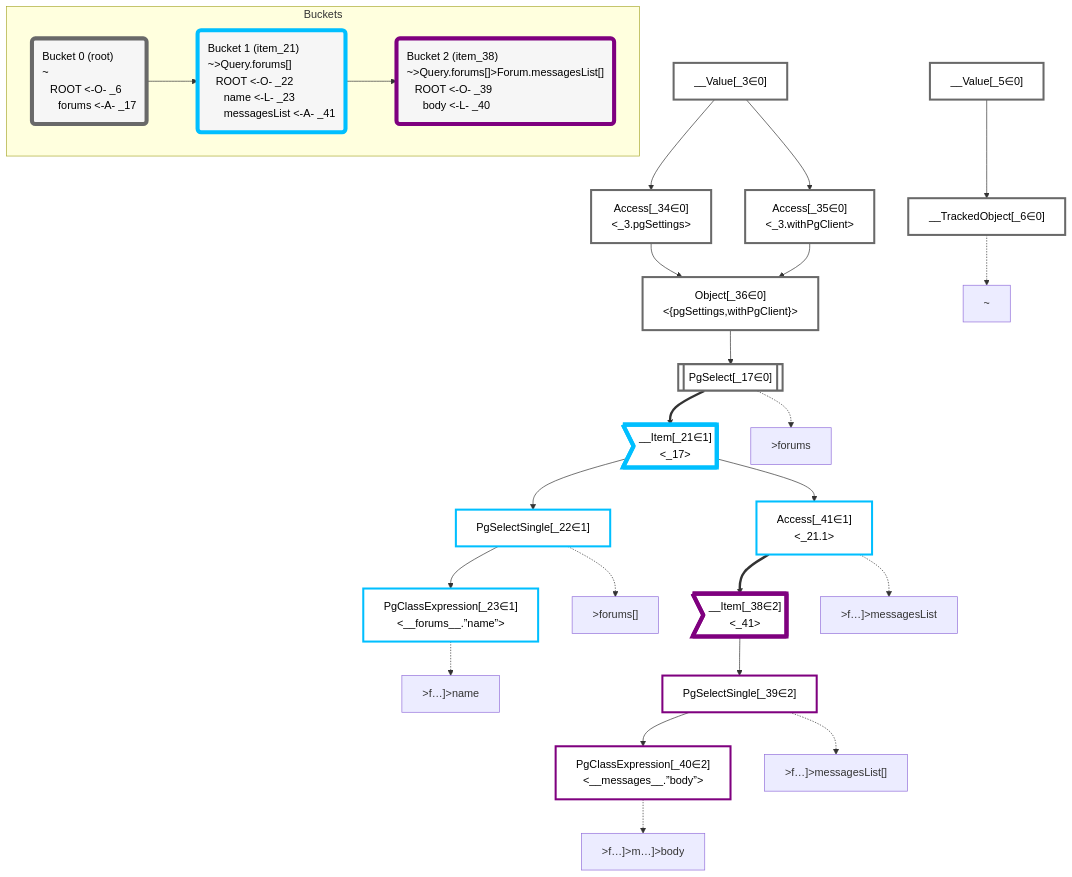
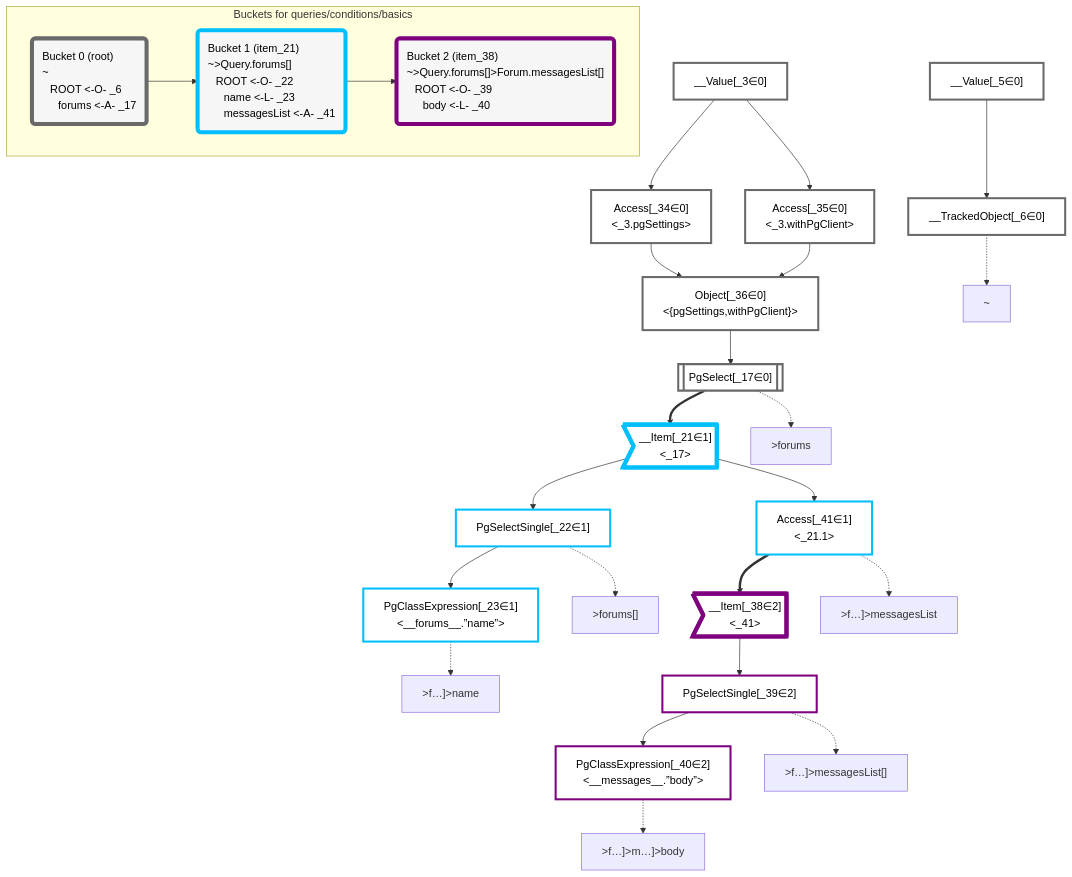
One commit to graphile/crystal changed the diagram in packages/dataplan-pg/__tests__/queries/conditions/basics.mermaid.md. Above: the diagram before and after it, drawn with Mermaid. The commit also changed 195 other files, not shown here.

````diff
--- a/packages/dataplan-pg/__tests__/queries/conditions/basics.mermaid.md
+++ b/packages/dataplan-pg/__tests__/queries/conditions/basics.mermaid.md
@@ -1,75 +1,75 @@
 ```mermaid
 graph TD
     classDef path fill:#eee,stroke:#000,color:#000
     classDef plan fill:#fff,stroke-width:3px,color:#000
     classDef itemplan fill:#fff,stroke-width:6px,color:#000
     classDef sideeffectplan fill:#f00,stroke-width:6px,color:#000
     classDef bucket fill:#f6f6f6,color:#000,stroke-width:6px,text-align:left
 
 
     %% define plans
     __Value_3["__Value[_3∈0]<br /><context>"]:::plan
     __Value_5["__Value[_5∈0]<br /><rootValue>"]:::plan
     __TrackedObject_6["__TrackedObject[_6∈0]"]:::plan
     PgSelect_17[["PgSelect[_17∈0]<br /><forums>"]]:::plan
     __Item_21>"__Item[_21∈1]<br /><_17>"]:::itemplan
     PgSelectSingle_22["PgSelectSingle[_22∈1]<br /><forums>"]:::plan
     PgClassExpression_23["PgClassExpression[_23∈1]<br /><__forums__.”name”>"]:::plan
     Access_34["Access[_34∈0]<br /><_3.pgSettings>"]:::plan
     Access_35["Access[_35∈0]<br /><_3.withPgClient>"]:::plan
     Object_36["Object[_36∈0]<br /><{pgSettings,withPgClient}>"]:::plan
     __Item_38>"__Item[_38∈2]<br /><_41>"]:::itemplan
     PgSelectSingle_39["PgSelectSingle[_39∈2]<br /><messages>"]:::plan
     PgClassExpression_40["PgClassExpression[_40∈2]<br /><__messages__.”body”>"]:::plan
     Access_41["Access[_41∈1]<br /><_21.1>"]:::plan
 
     %% plan dependencies
     __Value_5 --> __TrackedObject_6
     Object_36 --> PgSelect_17
     PgSelect_17 ==> __Item_21
     __Item_21 --> PgSelectSingle_22
     PgSelectSingle_22 --> PgClassExpression_23
     __Value_3 --> Access_34
     __Value_3 --> Access_35
     Access_34 --> Object_36
     Access_35 --> Object_36
     Access_41 ==> __Item_38
     __Item_38 --> PgSelectSingle_39
     PgSelectSingle_39 --> PgClassExpression_40
     __Item_21 --> Access_41
 
     %% plan-to-path relationships
     P_6["~"]
     __TrackedObject_6 -.-> P_6
     P_17[">forums"]
     PgSelect_17 -.-> P_17
     P_22[">forums[]"]
     PgSelectSingle_22 -.-> P_22
     P_23[">f…]>name"]
     PgClassExpression_23 -.-> P_23
     P_39[">f…]>messagesList[]"]
     PgSelectSingle_39 -.-> P_39
     P_40[">f…]>m…]>body"]
     PgClassExpression_40 -.-> P_40
     P_41[">f…]>messagesList"]
     Access_41 -.-> P_41
 
     %% allocate buckets
     classDef bucket0 stroke:#696969
     class __Value_3,__Value_5,__TrackedObject_6,PgSelect_17,Access_34,Access_35,Object_36 bucket0
     classDef bucket1 stroke:#00bfff
     class __Item_21,PgSelectSingle_22,PgClassExpression_23,Access_41 bucket1
     classDef bucket2 stroke:#7f007f
     class __Item_38,PgSelectSingle_39,PgClassExpression_40 bucket2
 
-    subgraph Buckets
+    subgraph "Buckets for queries/conditions/basics"
     Bucket0("Bucket 0 (root)<br />~<br />⠀ROOT <-O- _6<br />⠀⠀forums <-A- _17"):::bucket
     style Bucket0 stroke:#696969
     Bucket1("Bucket 1 (item_21)<br />~>Query.forums[]<br />⠀ROOT <-O- _22<br />⠀⠀name <-L- _23<br />⠀⠀messagesList <-A- _41"):::bucket
     style Bucket1 stroke:#00bfff
     Bucket0 --> Bucket1
     Bucket2("Bucket 2 (item_38)<br />~>Query.forums[]>Forum.messagesList[]<br />⠀ROOT <-O- _39<br />⠀⠀body <-L- _40"):::bucket
     style Bucket2 stroke:#7f007f
     Bucket1 --> Bucket2
     end
 ```
````
